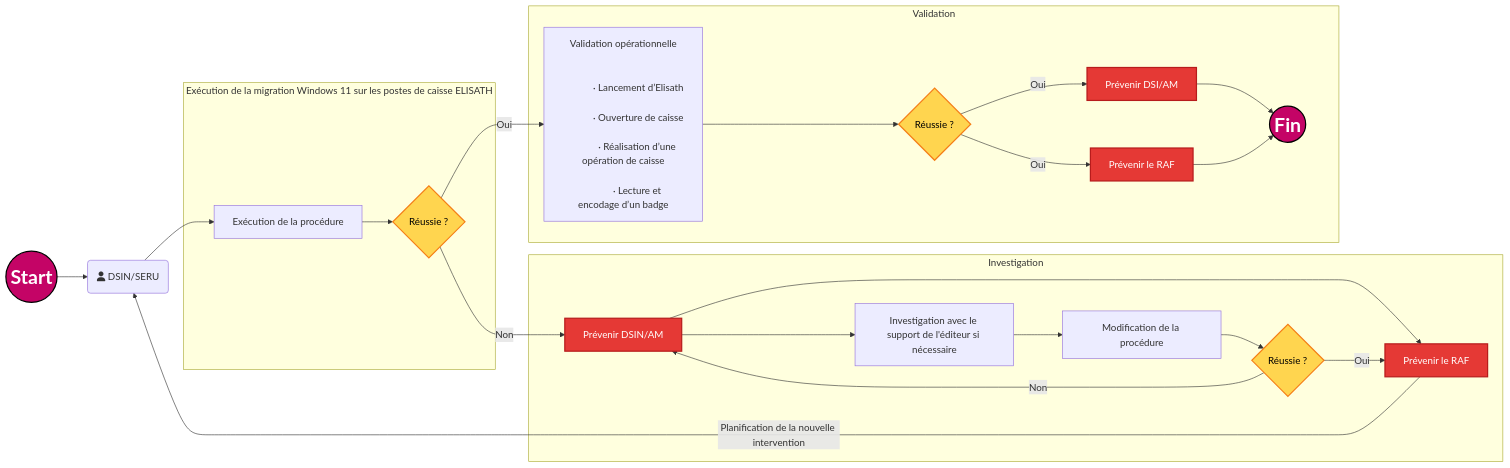
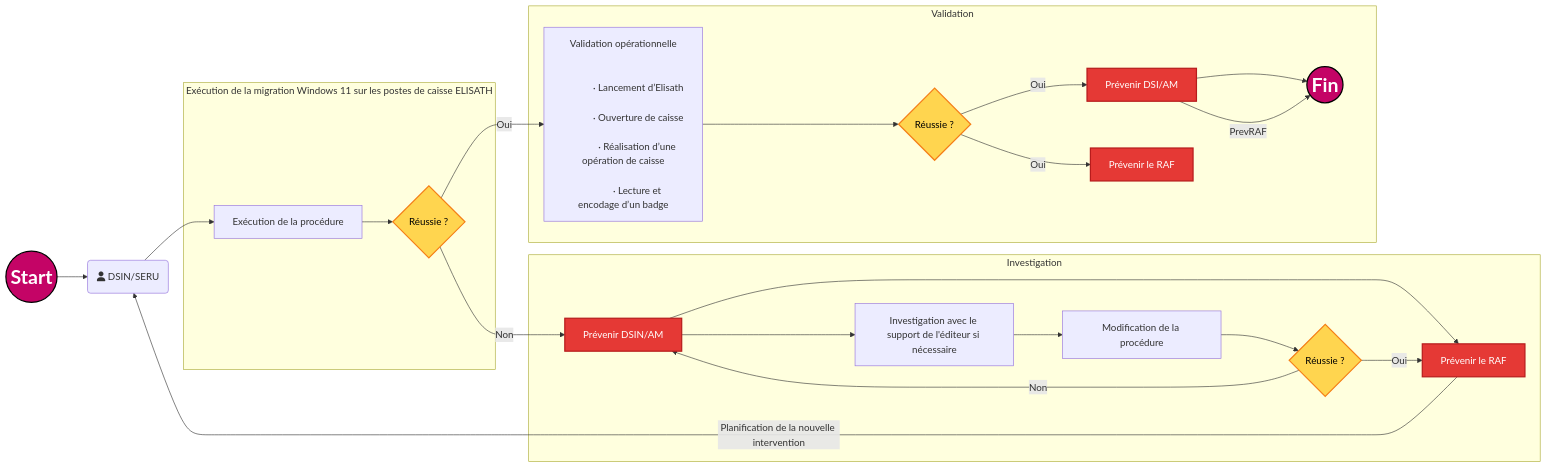
The diagram in all/Flux de validation.md (fdadda/iodraw-files), drawn with Mermaid before and after one commit.

Commit message:
2026-05-12 11:36:45 update

````diff
--- a/all/Flux de validation.md
+++ b/all/Flux de validation.md
@@ -1,61 +1,61 @@
 ```mermaid
 flowchart LR
 
     start((Start)) --> A
     A(fa:fa-user DSIN/SERU) --> B[Exécution de la procédure]
 
     subgraph Exécution de la migration Windows 11 sur les postes de caisse ELISATH
         B --> C{Réussie ?}
     end
 
     subgraph Validation
         C -->|Oui| D["Validation opérationnelle<br/><br/>
             · Lancement d’Elisath<br/>
             · Ouverture de caisse<br/>
             · Réalisation d’une opération de caisse<br/>
             · Lecture et encodage d’un badge"]
 
         D --> Val{Réussie ?}
 
         Val -->|Oui| PrevDSI[Prévenir DSI/AM]
         Val -->|Oui| PrevRAF[Prévenir le RAF]
 
         PrevDSI --> fin((Fin))
-        PrevRAF --> fin
+        PrevDSI  --PrevRAF --> fin
     end
 
     subgraph Investigation
         C -->|Non| E[Prévenir DSIN/AM]
         E --> F[Prévenir le RAF]
         E --> G[Investigation avec le support de l'éditeur si nécessaire]
         G --> H[Modification de la procédure]
         H --> I{Réussie ?}
         I -->|Oui| F
         I -->|Non| E
     end
 
     F -->|Planification de la nouvelle intervention| A
 
     %% --- STYLES ---
     classDef StartEndPoint fill:#c40466,stroke:#000,color:#fff,stroke-width:2px,font-size:16px,font-weight:bold;
     classDef decision      fill:#ffd54f,stroke:#f57f17,color:#000,stroke-width:2px;
     classDef error         fill:#e53935,stroke:#b71c1c,color:#fff,stroke-width:2px;
 
     %% --- AFFECTATION DES CLASSES ---
     class start,fin StartEndPoint;
     class C,I,Val decision;
     class E,F,PrevDSI,PrevRAF error;
 
     %% --- “CEINTURE + BRETELLES” (force le style sur les 2 nœuds) ---
     style start font-size:32px,font-weight:bold
     style fin   font-size:32px,font-weight:bold
 
     %% --- Codes couleur (commentaires) ---
     %% Bleu marine #000080
     %% Midnight blue #191970
     %% Bleu foncé intense #080F70
     %% Bleu foncé moderne #111184
     %% Orange #ffd54f
     %% Rouge #e53935
     %% Rose CAPI #c40466
 ```
````
